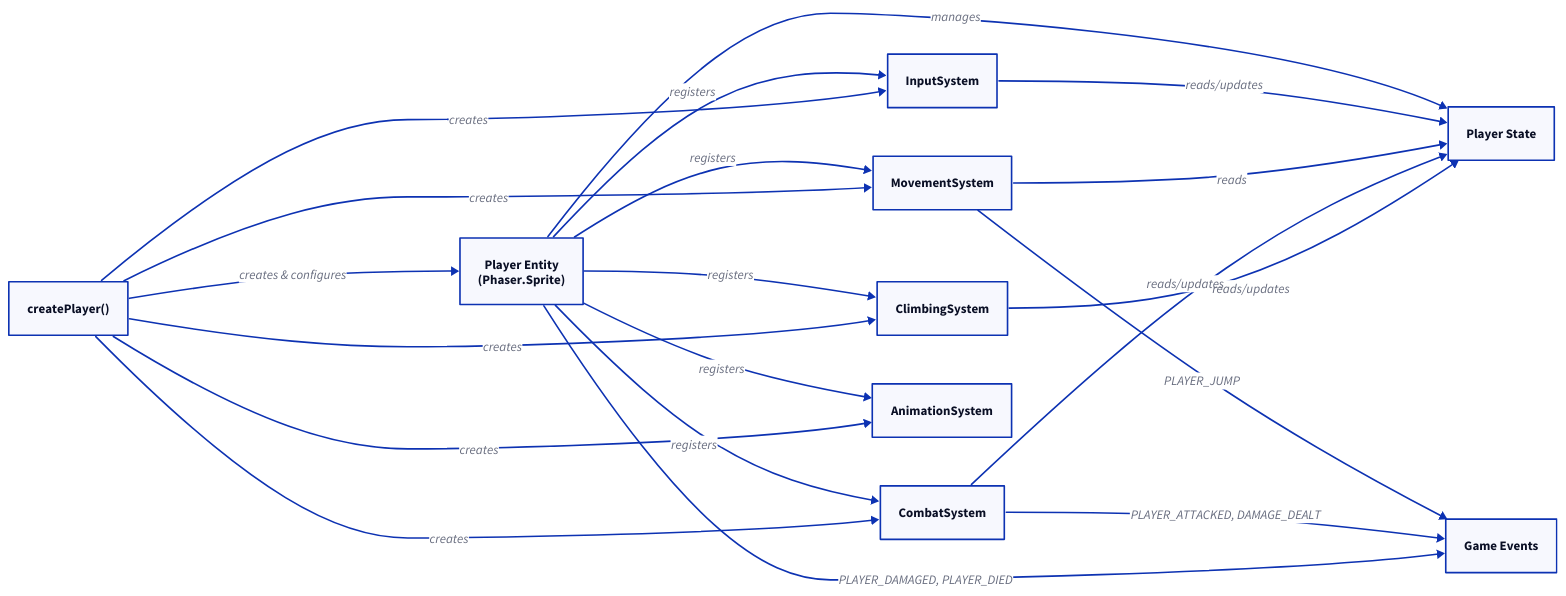
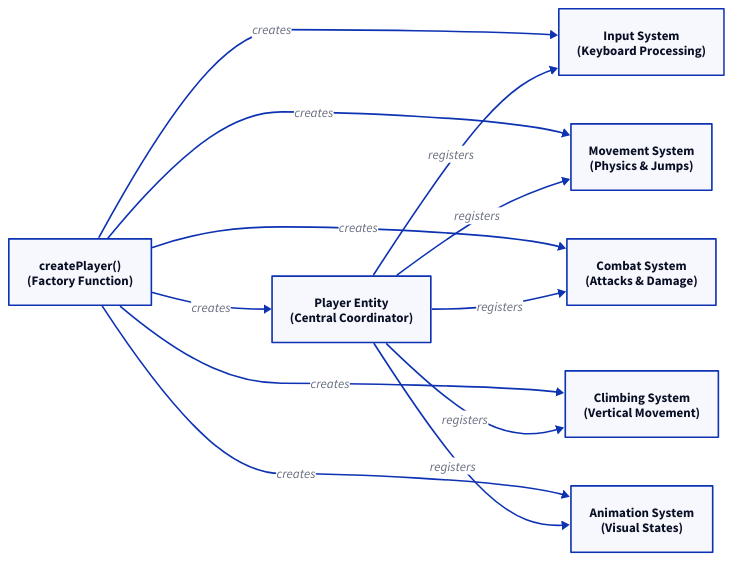
Before and after one commit to DevTK0/jump-story-mvp: the diagram in docs/content/docs/player/player-controller.md, drawn with D2. The commit also changed other lines of this file and 9 other files, not shown here.

````diff
--- a/docs/content/docs/player/player-controller.md
+++ b/docs/content/docs/player/player-controller.md
@@ -9,66 +5,46 @@
 ```d2
 direction: right
 
 Player: {
-  label: "Player Entity\n(Phaser.Sprite)"
+  label: "Player Entity\n(Central Coordinator)"
 }
 
 InputSystem: {
-  label: "InputSystem"
+  label: "Input System\n(Keyboard Processing)"
 }
 
 MovementSystem: {
-  label: "MovementSystem"
+  label: "Movement System\n(Physics & Jumps)"
 }
 
 CombatSystem: {
-  label: "CombatSystem"
+  label: "Combat System\n(Attacks & Damage)"
 }
 
 ClimbingSystem: {
-  label: "ClimbingSystem"
+  label: "Climbing System\n(Vertical Movement)"
 }
 
 AnimationSystem: {
-  label: "AnimationSystem"
-}
-
-GameEvents: {
-  label: "Game Events"
-}
-
-PlayerState: {
-  label: "Player State"
+  label: "Animation System\n(Visual States)"
 }
 
 Factory: {
-  label: "createPlayer()"
+  label: "createPlayer()\n(Factory Function)"
 }
 
-# System registration and communication
+# System Creation
+Factory -> Player: creates
+Factory -> InputSystem: creates
+Factory -> MovementSystem: creates
+Factory -> CombatSystem: creates
+Factory -> ClimbingSystem: creates
+Factory -> AnimationSystem: creates
+
+# System Registration
 Player -> InputSystem: registers
 Player -> MovementSystem: registers
 Player -> CombatSystem: registers
 Player -> ClimbingSystem: registers
 Player -> AnimationSystem: registers
-
-# State management
-Player -> PlayerState: manages
-InputSystem -> PlayerState: reads/updates
-MovementSystem -> PlayerState: reads
-CombatSystem -> PlayerState: reads/updates
-ClimbingSystem -> PlayerState: reads/updates
-
-# Event communication
-MovementSystem -> GameEvents: PLAYER_JUMP
-CombatSystem -> GameEvents: PLAYER_ATTACKED, DAMAGE_DEALT
-Player -> GameEvents: PLAYER_DAMAGED, PLAYER_DIED
-
-# Factory creation
-Factory -> Player: creates & configures
-Factory -> InputSystem: creates
-Factory -> MovementSystem: creates
-Factory -> CombatSystem: creates
-Factory -> ClimbingSystem: creates
-Factory -> AnimationSystem: creates
 ```
````
